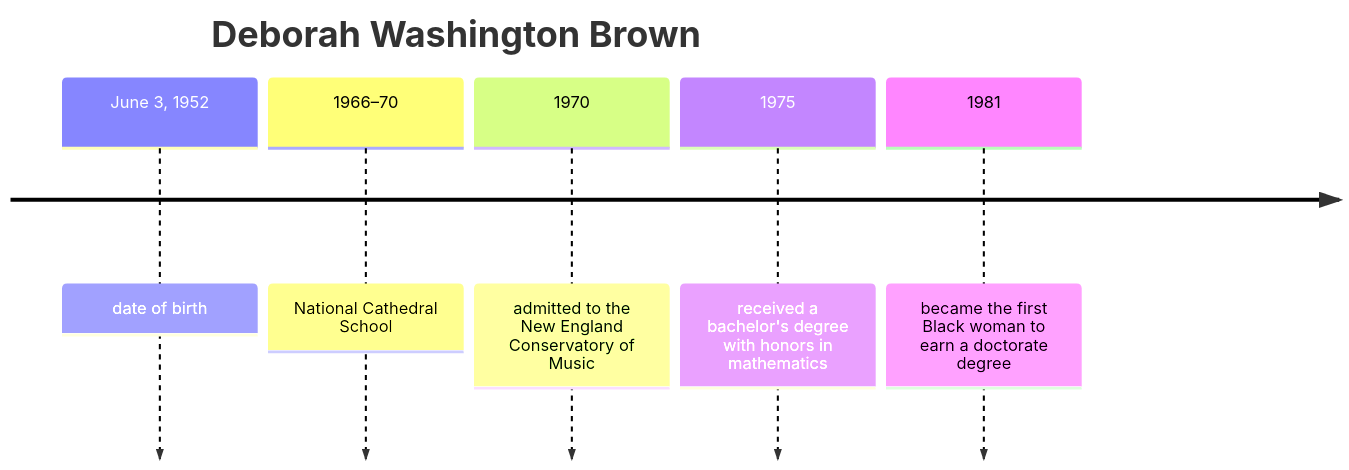
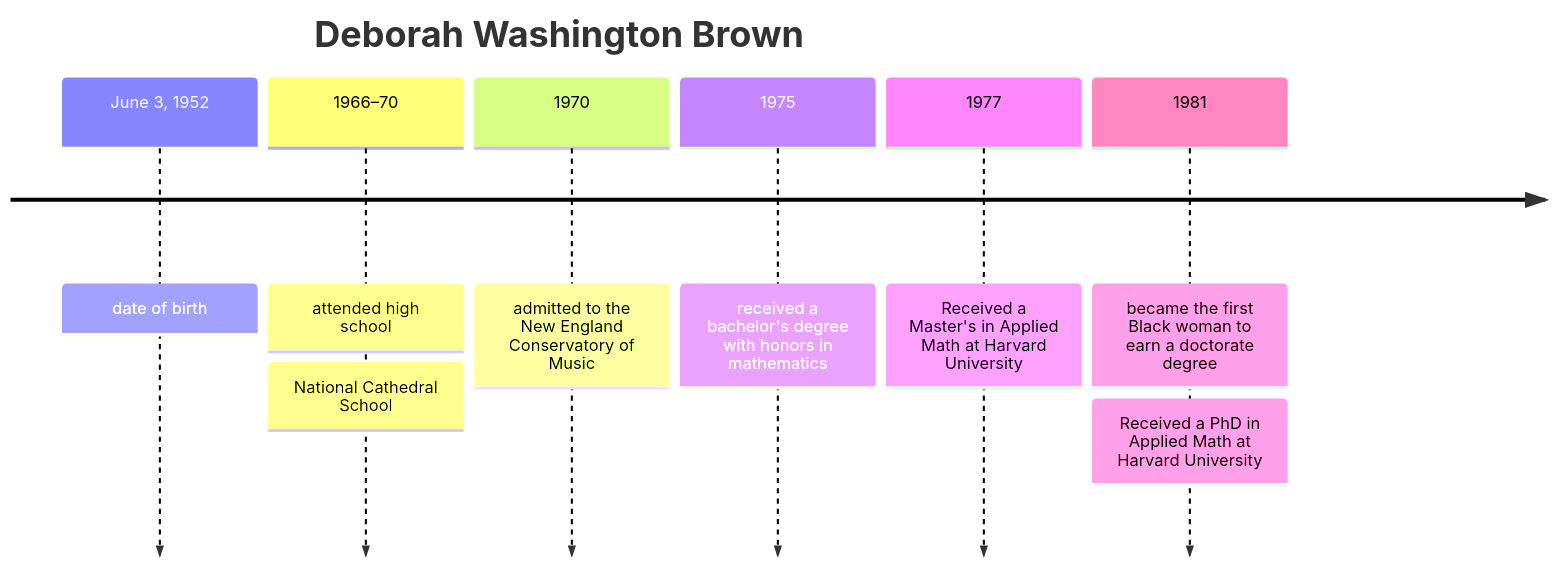
The diagram in Notes/blackhistorymonth.md (Marius-PA/ComputerScienceNotes), drawn with Mermaid before and after one commit. The commit also changed other lines of this file, not shown here.

````diff
--- a/Notes/blackhistorymonth.md
+++ b/Notes/blackhistorymonth.md
@@ -16,9 +19,10 @@
 ```mermaid
 timeline
     title Deborah Washington Brown
     June 3, 1952 : date of birth
-    1966–70 : National Cathedral School
+    1966–70 : attended high school : National Cathedral School
     1970 : admitted to the New England Conservatory of Music
     1975 : received a bachelor's degree with honors in mathematics
-    1981 : became the first Black woman to earn a doctorate degree
+    1977 : Received a Master's in Applied Math at Harvard University
+    1981 : became the first Black woman to earn a doctorate degree : Received a PhD in Applied Math at Harvard University
 ```
````
